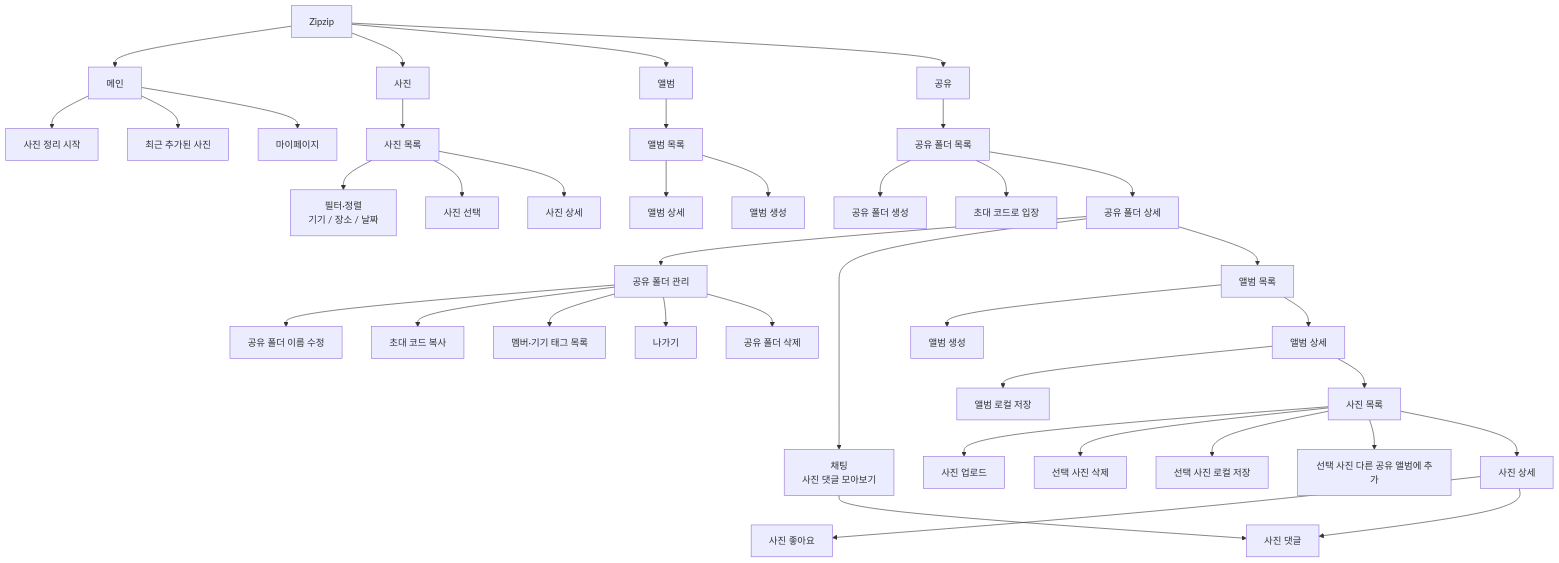
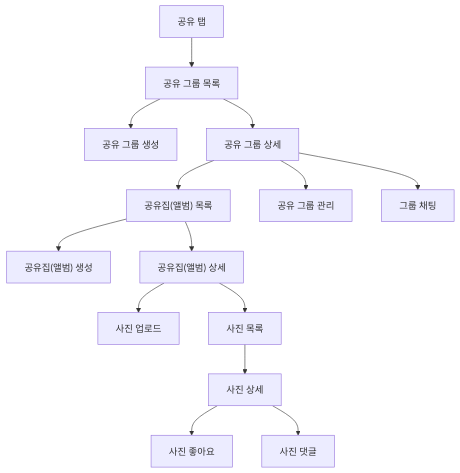
One commit to zipzip-team/zipzip-server changed the diagram in docs/data-modeling/00-figma-midfi-wireframe-context.md. Above: the diagram before and after it, drawn with Mermaid. The commit also changed other lines of this file and 8 other files, not shown here.

````diff
--- a/docs/data-modeling/00-figma-midfi-wireframe-context.md
+++ b/docs/data-modeling/00-figma-midfi-wireframe-context.md
@@ -302,50 +151,16 @@
 ```mermaid
 flowchart TD
-    Root["Zipzip"]
-
-    Root --> Main["메인"]
-    Root --> Photos["사진"]
-    Root --> Albums["앨범"]
-    Root --> Share["공유"]
-
-    Main --> MainClean["사진 정리 시작"]
-    Main --> MainRecent["최근 추가된 사진"]
-    Main --> MainProfile["마이페이지"]
-
-    Photos --> PhotoList["사진 목록"]
-    PhotoList --> PhotoFilter["필터·정렬<br/>기기 / 장소 / 날짜"]
-    PhotoList --> PhotoSelect["사진 선택"]
-    PhotoList --> PhotoDetailLocal["사진 상세"]
-
-    Albums --> LocalAlbumList["앨범 목록"]
-    LocalAlbumList --> LocalAlbumDetail["앨범 상세"]
-    LocalAlbumList --> LocalAlbumCreate["앨범 생성"]
-
-    Share --> SharedFolderList["공유 폴더 목록"]
-    SharedFolderList --> SharedFolderCreate["공유 폴더 생성"]
-    SharedFolderList --> SharedFolderJoin["초대 코드로 입장"]
-    SharedFolderList --> SharedFolderDetail["공유 폴더 상세"]
-
-    SharedFolderDetail --> SharedFolderManage["공유 폴더 관리"]
-    SharedFolderDetail --> SharedChat["채팅<br/>사진 댓글 모아보기"]
-    SharedFolderDetail --> SharedAlbumList["앨범 목록"]
-
-    SharedFolderManage --> SharedFolderRename["공유 폴더 이름 수정"]
-    SharedFolderManage --> InviteCode["초대 코드 복사"]
-    SharedFolderManage --> MemberDeviceList["멤버·기기 태그 목록"]
-    SharedFolderManage --> SharedFolderLeave["나가기"]
-    SharedFolderManage --> SharedFolderDelete["공유 폴더 삭제"]
-
-    SharedAlbumList --> SharedAlbumCreate["앨범 생성"]
-    SharedAlbumList --> SharedAlbumDetail["앨범 상세"]
-    SharedAlbumDetail --> SharedAlbumDownload["앨범 로컬 저장"]
-    SharedAlbumDetail --> SharedPhotoList["사진 목록"]
-    SharedPhotoList --> SharedPhotoUpload["사진 업로드"]
-    SharedPhotoList --> SharedPhotoSelectDelete["선택 사진 삭제"]
-    SharedPhotoList --> SharedPhotoDownload["선택 사진 로컬 저장"]
-    SharedPhotoList --> SharedPhotoCopyAlbum["선택 사진 다른 공유 앨범에 추가"]
-    SharedPhotoList --> SharedPhotoDetail["사진 상세"]
-    SharedPhotoDetail --> PhotoLike["사진 좋아요"]
-    SharedPhotoDetail --> PhotoComment["사진 댓글"]
-    SharedChat --> PhotoComment
+    ShareTab["공유 탭"] --> SharedGroupList["공유 그룹 목록"]
+    SharedGroupList --> SharedGroupCreate["공유 그룹 생성"]
+    SharedGroupList --> SharedGroupDetail["공유 그룹 상세"]
+    SharedGroupDetail --> SharedAlbumList["공유집(앨범) 목록"]
+    SharedGroupDetail --> SharedGroupManage["공유 그룹 관리"]
+    SharedGroupDetail --> GroupChat["그룹 채팅"]
+    SharedAlbumList --> SharedAlbumCreate["공유집(앨범) 생성"]
+    SharedAlbumList --> SharedAlbumDetail["공유집(앨범) 상세"]
+    SharedAlbumDetail --> PhotoUpload["사진 업로드"]
+    SharedAlbumDetail --> PhotoList["사진 목록"]
+    PhotoList --> PhotoDetail["사진 상세"]
+    PhotoDetail --> PhotoLike["사진 좋아요"]
+    PhotoDetail --> PhotoComment["사진 댓글"]
 ```
````
